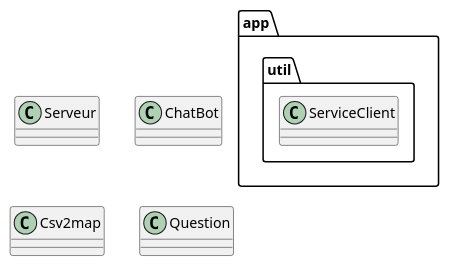
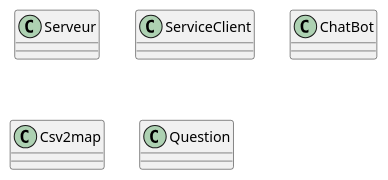
Before and after one commit to fralin/chatbot: the diagram in server.puml, drawn with PlantUML. The commit also changed 7 other files, not shown here.

```diff
--- a/server.puml
+++ b/server.puml
@@ -1,19 +1,21 @@
 @startuml
 
 class Serveur {
 }
 
-class app.util.ServiceClient {
+class ServiceClient {
 }
 
 class ChatBot {
 }
 
 class Csv2map {
+
+
 }
 
 class Question {
 }
 
 
 @enduml
```
